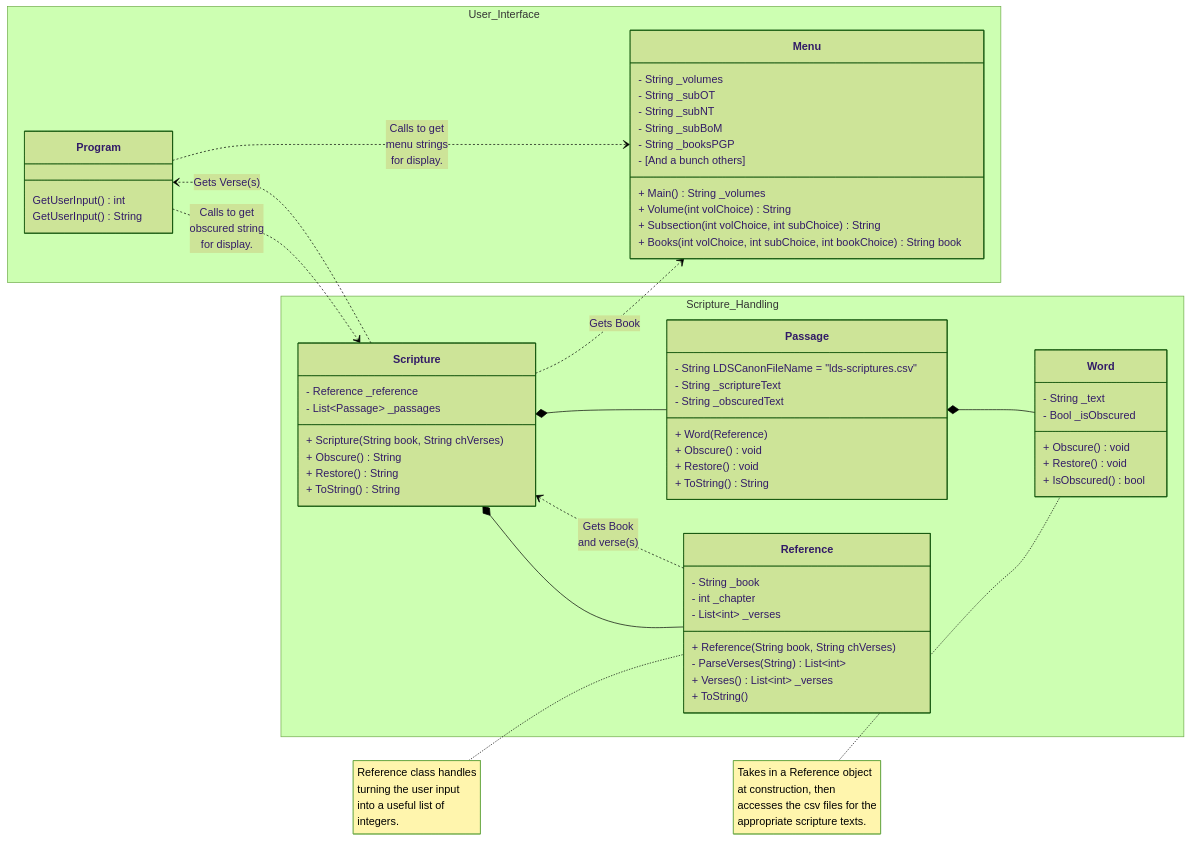
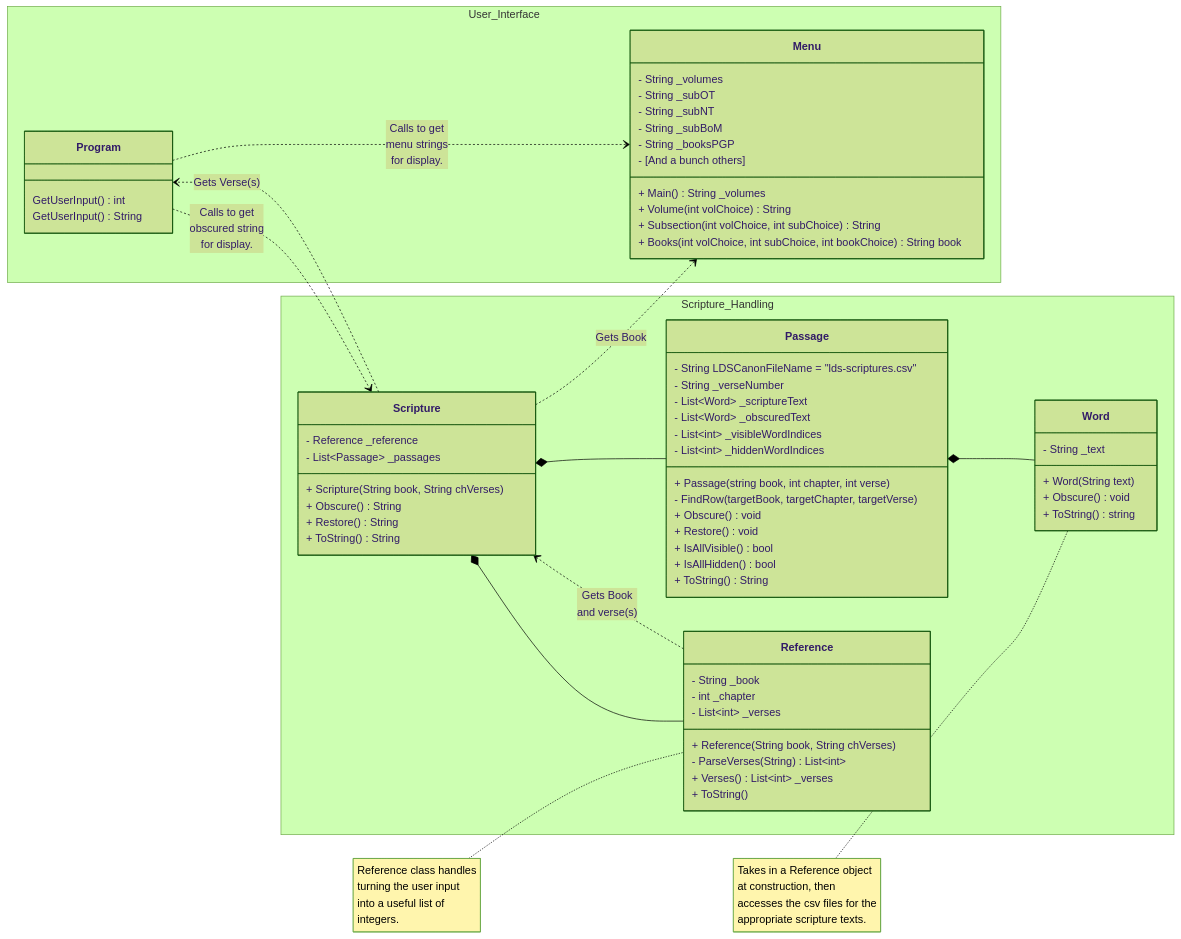
The first of 2 diagrams in prove/Develop03/README.md (parkerd3/CSE_2.electric_boogaloo), drawn with Mermaid (forest theme) before and after one commit. The commit also changed other lines of this file and 1 other file, not shown here.

````diff
--- a/prove/Develop03/README.md
+++ b/prove/Develop03/README.md
@@ -116,69 +51,74 @@
 ```mermaid
 classDiagram
     direction LR
     namespace User_Interface {
         class Program {
             GetUserInput() int
             GetUserInput() String
         }
         class Menu {
             - String _volumes
             - String _subOT
             - String _subNT
             - String _subBoM
             - String _booksPGP
             - [And a bunch others]
             + Main() String _volumes
             + Volume(int volChoice) String
             + Subsection(int volChoice, int subChoice) String
             + Books(int volChoice, int subChoice, int bookChoice) String book
         }
     }
     
     note for Reference "Reference class handles<br>turning the user input<br>into a useful list of<br>integers."
     note for Word "Takes in a Reference object<br>at construction, then<br>accesses the csv files for the<br>appropriate scripture texts."
     namespace Scripture_Handling{
         
         class Scripture {
             - Reference _reference
             - List~Passage~ _passages
             + Scripture(String book, String chVerses)
             + Obscure() String
             + Restore() String
             + ToString() String
         }
         class Passage {
             - String LDSCanonFileName = "lds-scriptures.csv"
-            - String _scriptureText
-            - String _obscuredText
-            + Word(Reference)
+            - String _verseNumber
+            - List~Word~ _scriptureText
+            - List~Word~ _obscuredText
+            - List~int~ _visibleWordIndices
+            - List~int~ _hiddenWordIndices
+            + Passage(string book, int chapter, int verse)
+            - FindRow(targetBook, targetChapter, targetVerse)
             + Obscure() void
             + Restore() void
+            + IsAllVisible() bool
+            + IsAllHidden() bool
             + ToString() String 
         }
         class Reference {
             - String _book
             - int _chapter
             - List~int~ _verses
             + Reference(String book, String chVerses)
             - ParseVerses(String) List~int~
             + Verses() List~int~ _verses
             + ToString()
         }
         class Word {
             - String _text
-            - Bool _isObscured
+            + Word(String text)
             + Obscure() void
-            + Restore() void
-            + IsObscured() bool
+            + ToString() string
         }
     }
     Program ..> Menu : Calls to get<br>menu strings<br>for display.
     Scripture *-- Passage
     Passage *-- Word
     Scripture *-- Reference
     Scripture ..> Menu : Gets Book
     Scripture ..> Program : Gets Verse(s)
     Reference ..> Scripture : Gets Book<br>and verse(s)
     Program ..> Scripture : Calls to get<br>obscured string<br>for display.
 ```
````
